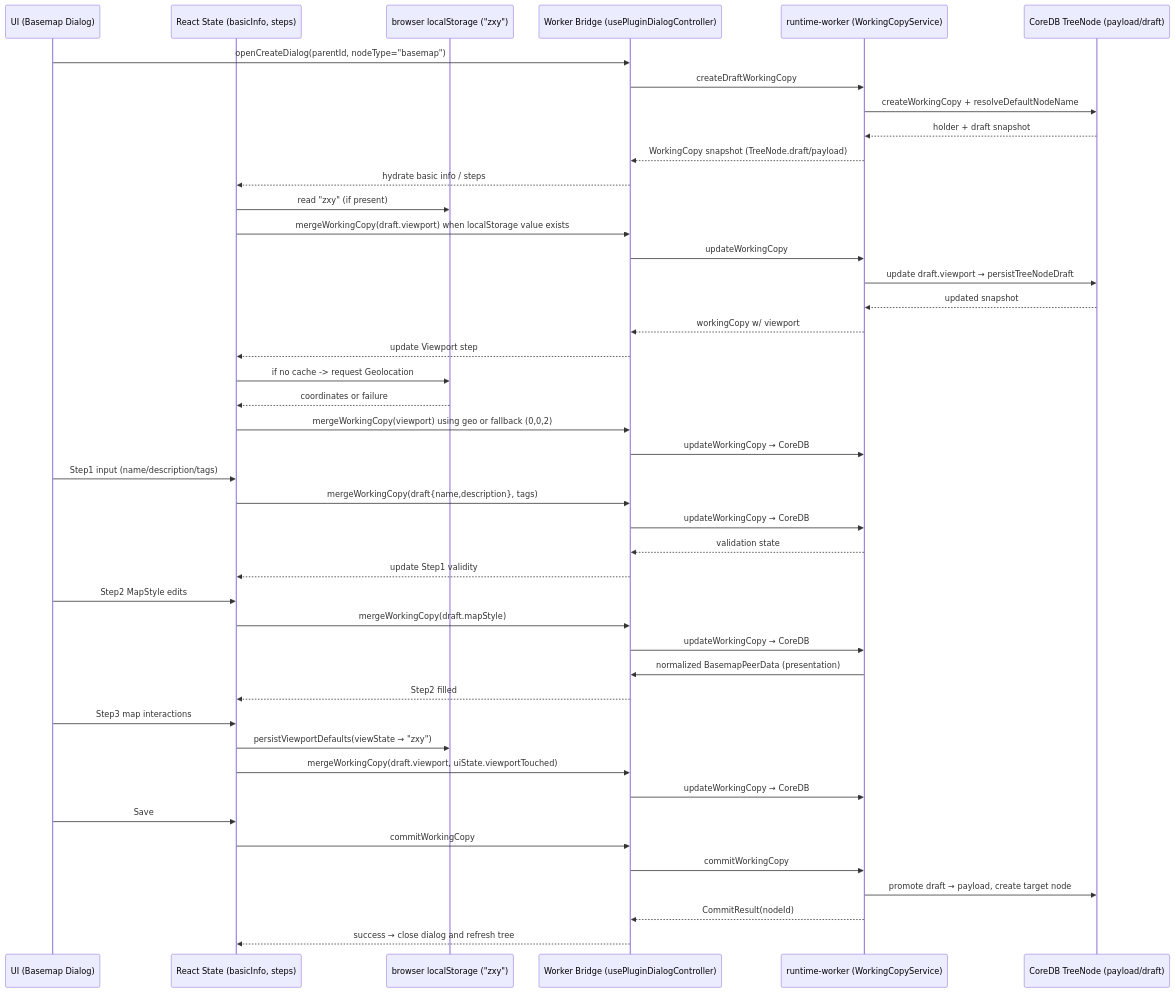
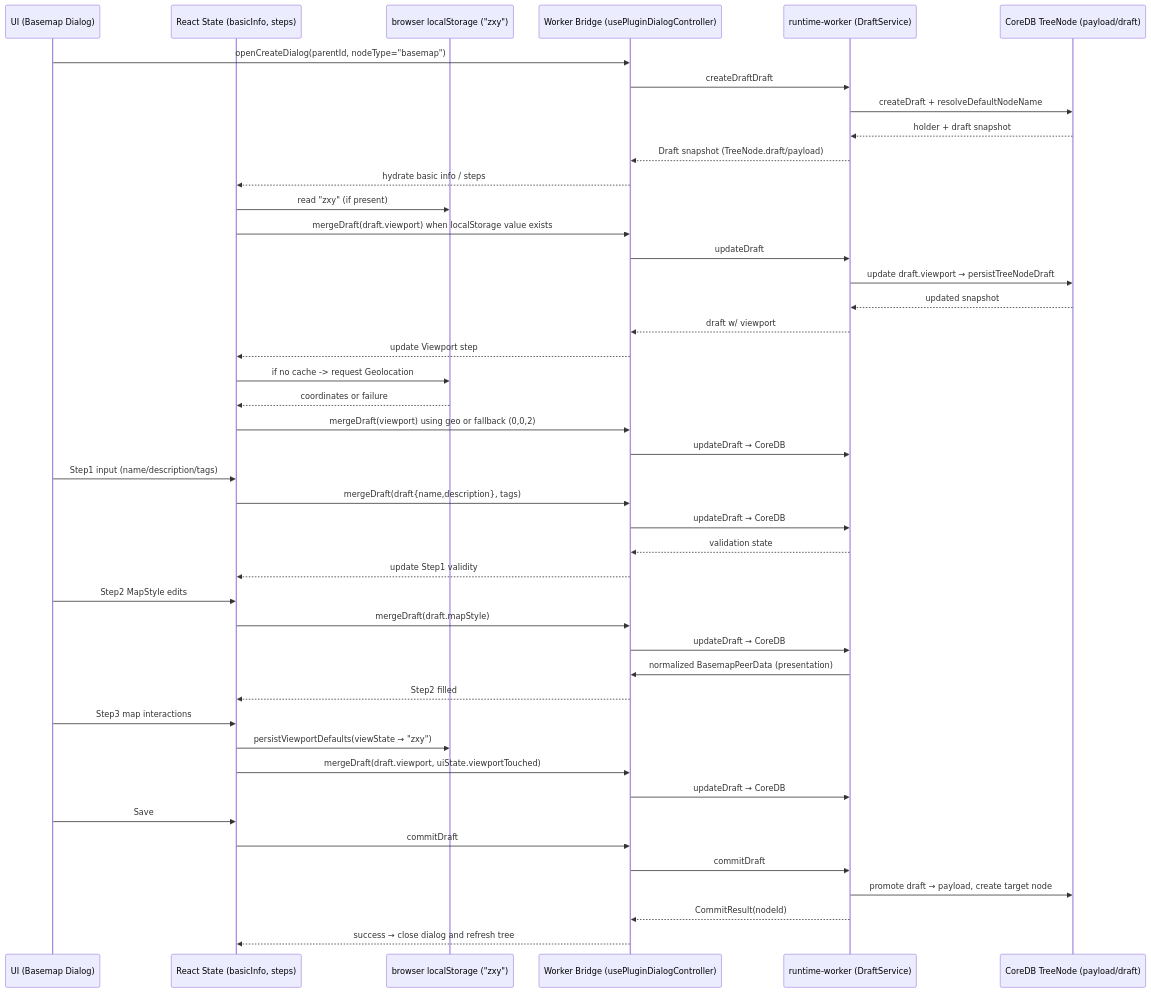
One commit to kubohiroya/hierarchidb changed the first of 2 diagrams in docs/basemap-dialog-flow.md. Above: the diagram before and after it, drawn with Mermaid. The commit also changed other lines of this file and 796 other files, not shown here.

````diff
--- a/docs/basemap-dialog-flow.md
+++ b/docs/basemap-dialog-flow.md
@@ -7,53 +7,53 @@
 ```mermaid
 sequenceDiagram
     participant User as UI (Basemap Dialog)
     participant React as React State (basicInfo, steps)
     participant Local as browser localStorage ("zxy")
     participant Comlink as Worker Bridge (usePluginDialogController)
-    participant Worker as runtime-worker (WorkingCopyService)
+    participant Worker as runtime-worker (DraftService)
     participant CoreDB as CoreDB TreeNode (payload/draft)
 
     User->>Comlink: openCreateDialog(parentId, nodeType="basemap")
-    Comlink->>Worker: createDraftWorkingCopy
-    Worker->>CoreDB: createWorkingCopy + resolveDefaultNodeName
+    Comlink->>Worker: createDraftDraft
+    Worker->>CoreDB: createDraft + resolveDefaultNodeName
     CoreDB-->>Worker: holder + draft snapshot
-    Worker-->>Comlink: WorkingCopy snapshot (TreeNode.draft/payload)
+    Worker-->>Comlink: Draft snapshot (TreeNode.draft/payload)
     Comlink-->>React: hydrate basic info / steps
 
     React->>Local: read "zxy" (if present)
-    React->>Comlink: mergeWorkingCopy(draft.viewport) when localStorage value exists
-    Comlink->>Worker: updateWorkingCopy
+    React->>Comlink: mergeDraft(draft.viewport) when localStorage value exists
+    Comlink->>Worker: updateDraft
     Worker->>CoreDB: update draft.viewport → persistTreeNodeDraft
     CoreDB-->>Worker: updated snapshot
-    Worker-->>Comlink: workingCopy w/ viewport
+    Worker-->>Comlink: draft w/ viewport
     Comlink-->>React: update Viewport step
 
     React->>Local: if no cache -> request Geolocation
     Local-->>React: coordinates or failure
-    React->>Comlink: mergeWorkingCopy(viewport) using geo or fallback (0,0,2)
-    Comlink->>Worker: updateWorkingCopy → CoreDB
+    React->>Comlink: mergeDraft(viewport) using geo or fallback (0,0,2)
+    Comlink->>Worker: updateDraft → CoreDB
 
     User->>React: Step1 input (name/description/tags)
-    React->>Comlink: mergeWorkingCopy(draft{name,description}, tags)
-    Comlink->>Worker: updateWorkingCopy → CoreDB
+    React->>Comlink: mergeDraft(draft{name,description}, tags)
+    Comlink->>Worker: updateDraft → CoreDB
     Worker-->>Comlink: validation state
     Comlink-->>React: update Step1 validity
 
     User->>React: Step2 MapStyle edits
-    React->>Comlink: mergeWorkingCopy(draft.mapStyle)
-    Comlink->>Worker: updateWorkingCopy → CoreDB
+    React->>Comlink: mergeDraft(draft.mapStyle)
+    Comlink->>Worker: updateDraft → CoreDB
     Worker->>Comlink: normalized BasemapPeerData (presentation)
     Comlink-->>React: Step2 filled
 
     User->>React: Step3 map interactions
     React->>Local: persistViewportDefaults(viewState → "zxy")
-    React->>Comlink: mergeWorkingCopy(draft.viewport, uiState.viewportTouched)
-    Comlink->>Worker: updateWorkingCopy → CoreDB
+    React->>Comlink: mergeDraft(draft.viewport, uiState.viewportTouched)
+    Comlink->>Worker: updateDraft → CoreDB
 
     User->>React: Save
-    React->>Comlink: commitWorkingCopy
-    Comlink->>Worker: commitWorkingCopy
+    React->>Comlink: commitDraft
+    Comlink->>Worker: commitDraft
     Worker->>CoreDB: promote draft → payload, create target node
     Worker-->>Comlink: CommitResult(nodeId)
     Comlink-->>React: success → close dialog and refresh tree
 ```
````
